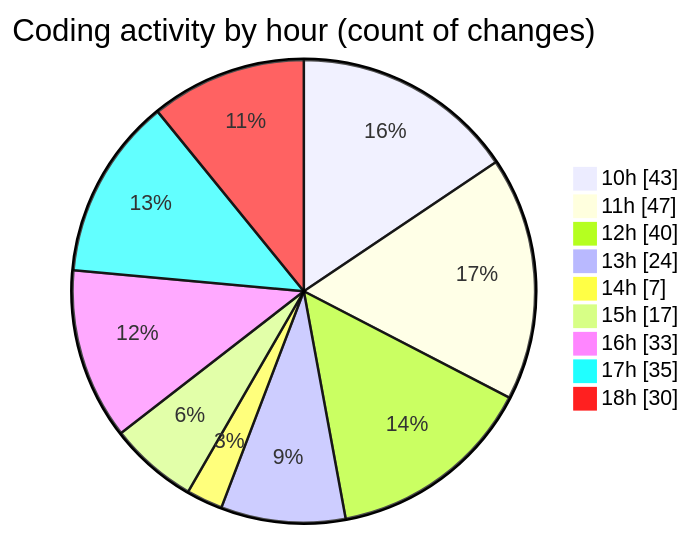
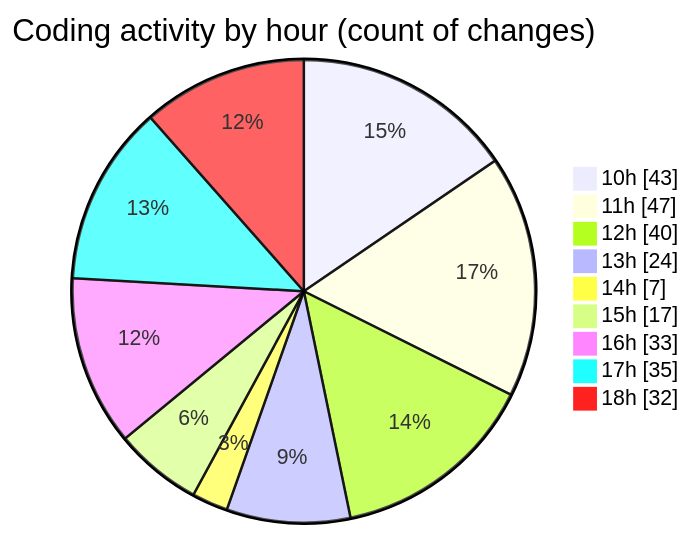
One commit to momahboobian/code-tracking changed the second of 2 diagrams in 2025-02-10/cda/README.md. Above: the diagram before and after it, drawn with Mermaid. The commit also changed other lines of this file and 1 other file, not shown here.

````diff
--- a/2025-02-10/cda/README.md
+++ b/2025-02-10/cda/README.md
@@ -35,13 +35,13 @@
 ```mermaid
 pie showData
 title Coding activity by hour (count of changes)
 "10h" : 43
 "11h" : 47
 "12h" : 40
 "13h" : 24
 "14h" : 7
 "15h" : 17
 "16h" : 33
 "17h" : 35
-"18h" : 30
+"18h" : 32
 ```
````
